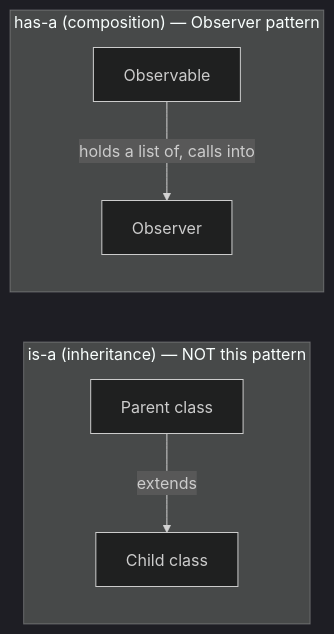
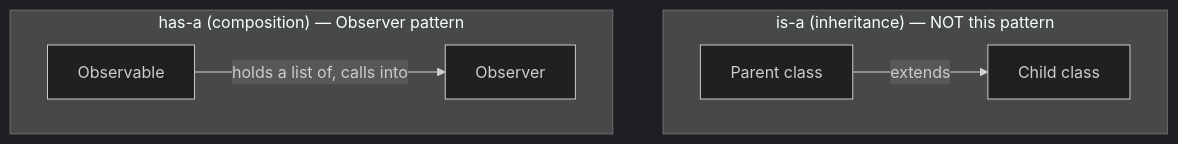
The first of 5 diagrams in LLD/03-observer-design-pattern.md (nikhil-nischal/concepts), drawn with Mermaid (dark theme) before and after one commit. The commit also changed 1 other file, not shown here.

Commit message:
LLD: switch is-a/has-a diagram to vertical layout

````diff
--- a/LLD/03-observer-design-pattern.md
+++ b/LLD/03-observer-design-pattern.md
@@ -27,9 +27,9 @@
 ```mermaid
-flowchart LR
+flowchart TB
     subgraph IsA["is-a (inheritance) — NOT this pattern"]
         Parent["Parent class"] -->|extends| Child["Child class"]
     end
     subgraph HasA["has-a (composition) — Observer pattern"]
         Obs["Observable"] -->|holds a list of, calls into| Obr["Observer"]
     end
 ```
````
